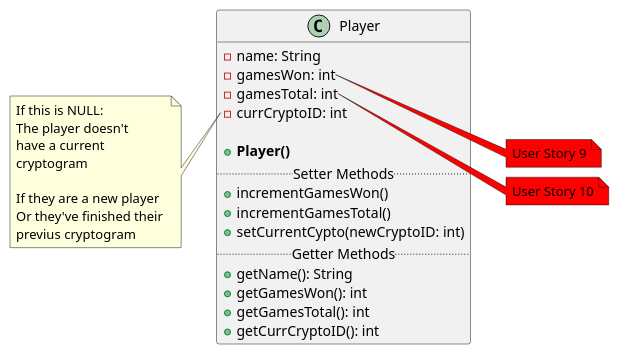
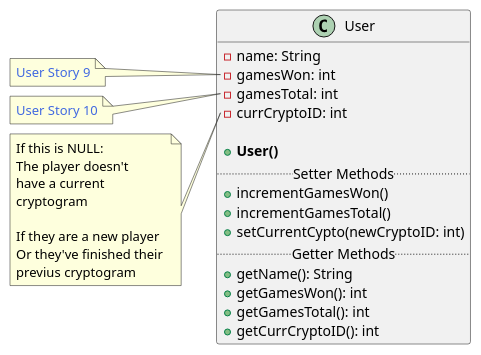
One commit to finlaysr/CS207-Cryptograms changed the diagram in Class-Diagrams/src/user.puml. Above: the diagram before and after it, drawn with PlantUML. The commit also changed 4 other files, not shown here.

```diff
--- a/Class-Diagrams/src/user.puml
+++ b/Class-Diagrams/src/user.puml
@@ -1,38 +1,40 @@
 @startuml
-class Player {
+class User {
     - name: String
     - gamesWon: int
     - gamesTotal: int
     - currCryptoID: int
 
-    + **Player()**
+    + **User()**
     ..Setter Methods..
     + incrementGamesWon() 
     + incrementGamesTotal()
     + setCurrentCypto(newCryptoID: int)
     ..Getter Methods..
     + getName(): String
     + getGamesWon(): int
     + getGamesTotal(): int
     + getCurrCryptoID(): int
 }
 
-note left of Player::currCryptoID
+note left of User::gamesWon
+    <color:royalBlue>User Story 9</color>
+end note
+
+note left of User::gamesTotal
+    <color:royalBlue>User Story 10</color>
+end note
+
+note left of User::currCryptoID
  If this is NULL:
  The player doesn't 
  have a current 
  cryptogram
 
  If they are a new player
  Or they've finished their 
  previus cryptogram
 end note
 
-note right of Player::gamesWon #red
-    User Story 9
-end note
-note right of Player::gamesTotal #red
-    User Story 10
-end note
 
 @enduml
```
